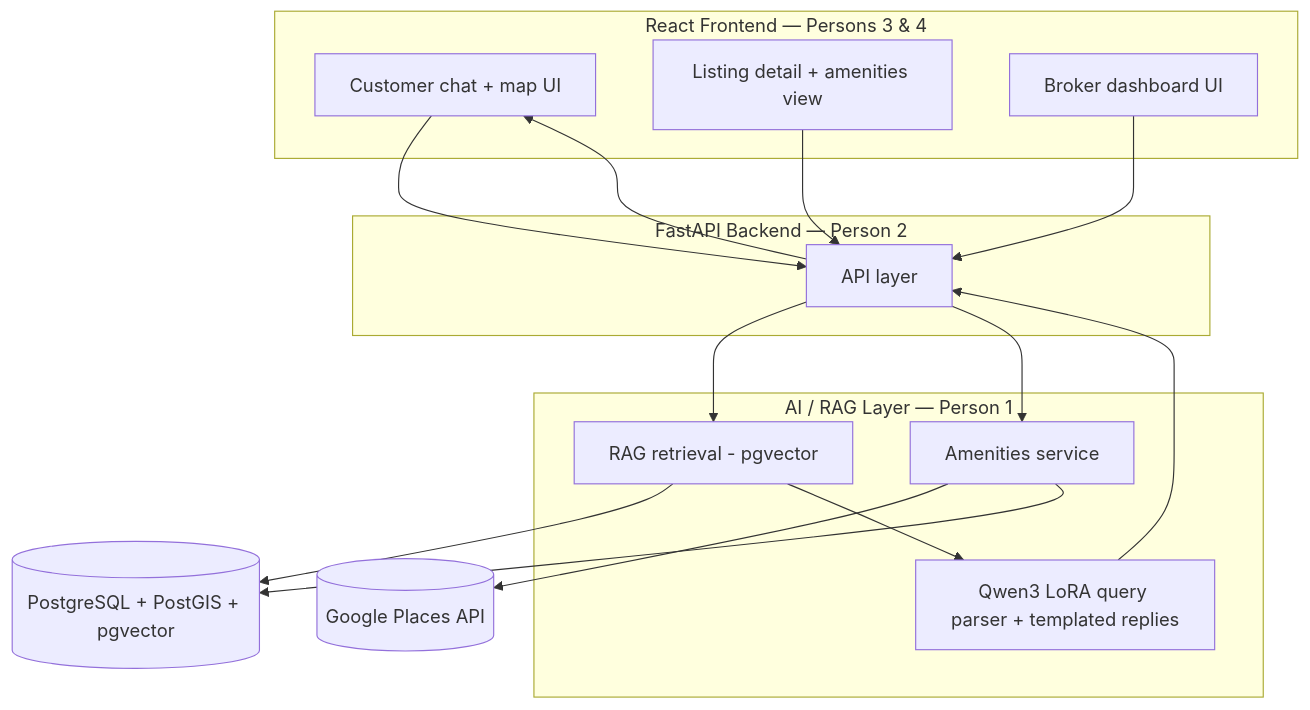
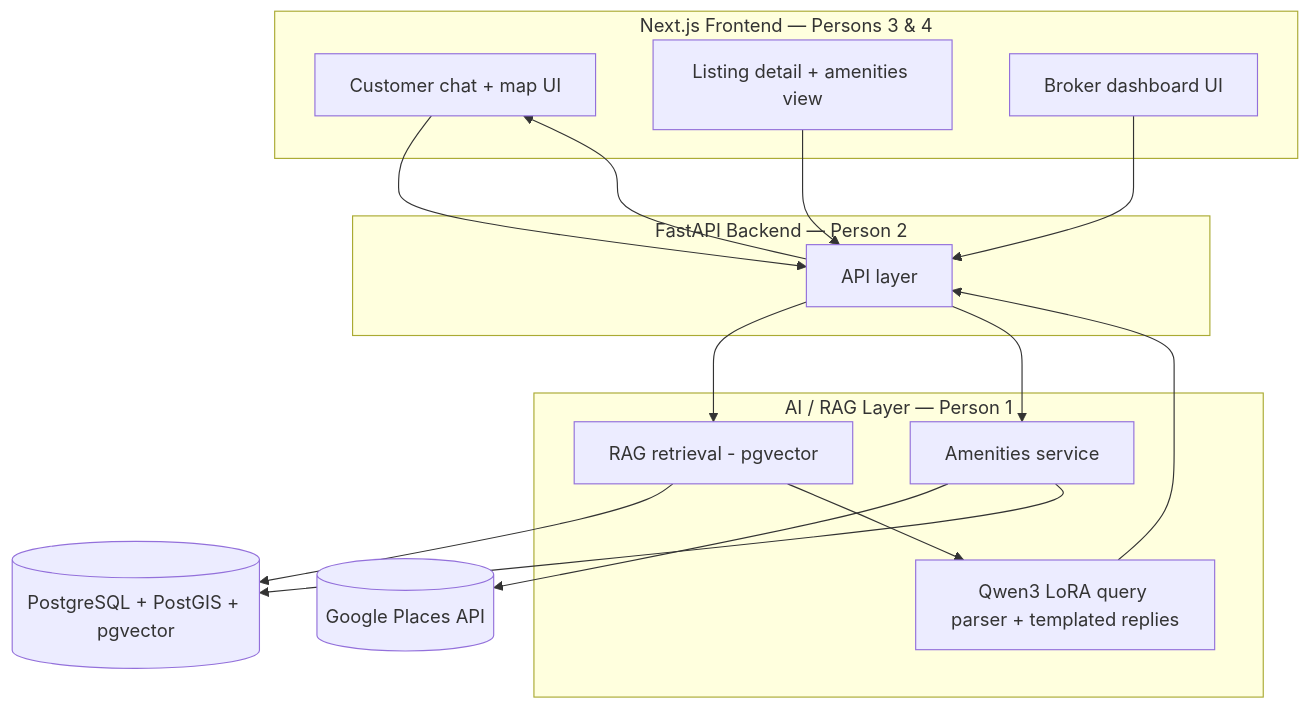
The diagram in README.md (harshpasiya/Reality-AI), drawn with Mermaid before and after one commit. The commit also changed other lines of this file and 14 other files, not shown here.

````diff
--- a/README.md
+++ b/README.md
@@ -42,33 +42,33 @@
 ```mermaid
 flowchart TD
-    subgraph Frontend["React Frontend — Persons 3 & 4"]
+    subgraph Frontend["Next.js Frontend — Persons 3 & 4"]
         CUI[Customer chat + map UI]
         LDV[Listing detail + amenities view]
         BUI[Broker dashboard UI]
     end
 
     subgraph Backend["FastAPI Backend — Person 2"]
         API[API layer]
     end
 
     subgraph AI["AI / RAG Layer — Person 1"]
         RAG[RAG retrieval - pgvector]
         LLM[Qwen3 LoRA query parser + templated replies]
         AMN[Amenities service]
     end
 
     EXT[(Google Places API)]
     DB[(PostgreSQL + PostGIS + pgvector)]
 
     CUI --> API
     LDV --> API
     BUI --> API
     API --> RAG
     RAG --> DB
     RAG --> LLM
     LLM --> API
     API --> AMN
     AMN --> EXT
     AMN --> DB
     API --> CUI
 ```
````
